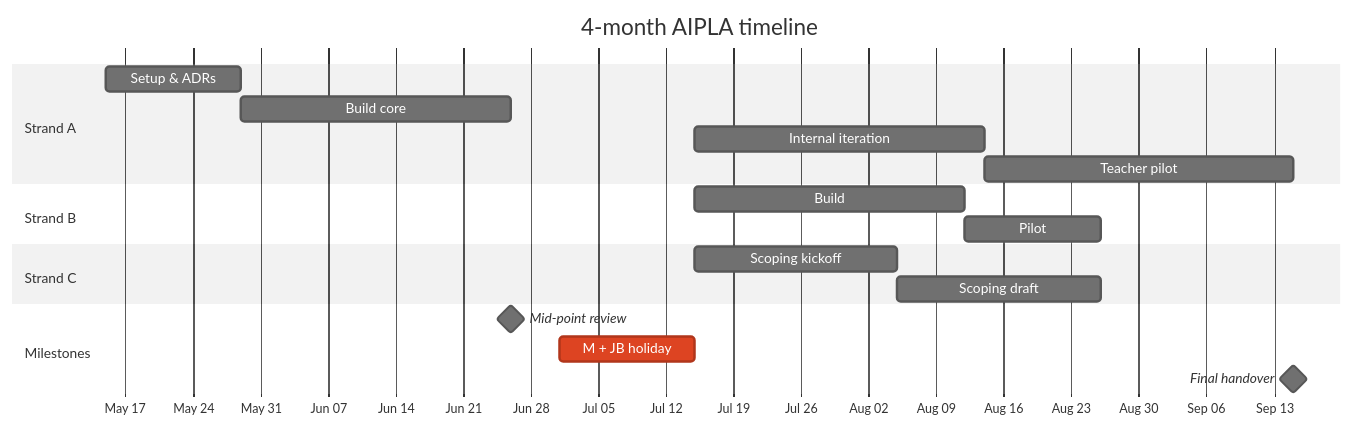
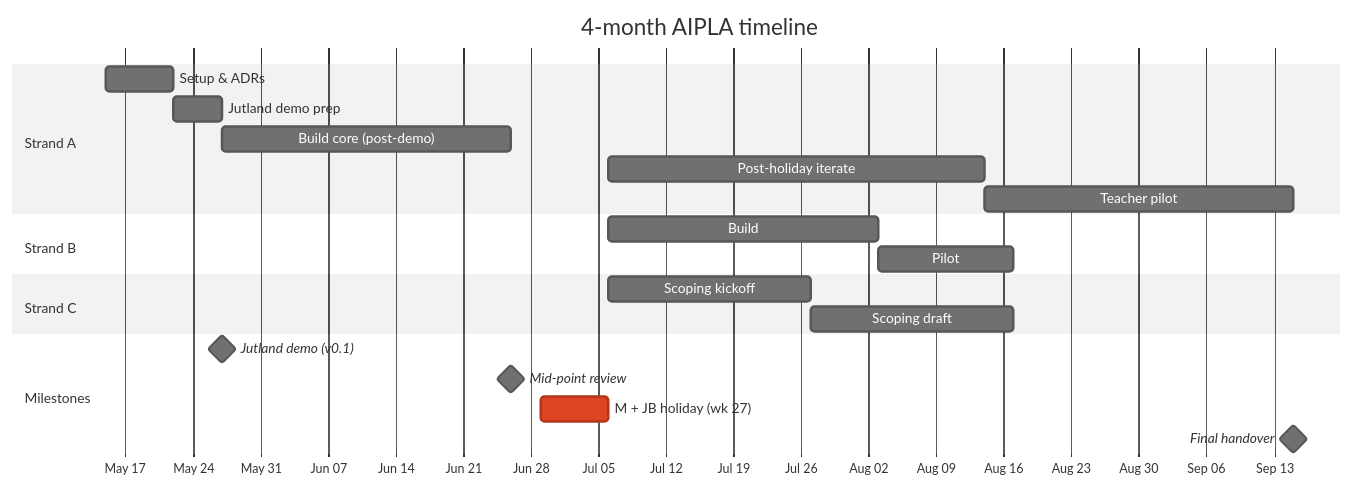
The diagram in timeline.qmd (sunholo-data/aipla), drawn with Mermaid (neutral theme) before and after one commit. The commit also changed other lines of this file and 1 other file, not shown here.

First line of the commit message:
Jutland demo deadline 27 May + week-27 holiday correction

````diff
--- a/timeline.qmd
+++ b/timeline.qmd
@@ -13,26 +14,28 @@
 ```{mermaid}
 gantt
     title 4-month AIPLA timeline
     dateFormat YYYY-MM-DD
     axisFormat %b %d
     todayMarker off
 
     section Strand A
-    Setup & ADRs              :a1, 2026-05-15, 14d
-    Build core                :a2, after a1, 28d
-    Internal iteration        :a3, 2026-07-15, 30d
-    Teacher pilot             :a4, 2026-08-14, 32d
+    Setup & ADRs              :a1, 2026-05-15, 7d
+    Jutland demo prep         :a2, 2026-05-22, 5d
+    Build core (post-demo)    :a3, 2026-05-27, 30d
+    Post-holiday iterate      :a4, 2026-07-06, 39d
+    Teacher pilot             :a5, 2026-08-14, 32d
 
     section Strand B
-    Build                     :b1, 2026-07-15, 28d
+    Build                     :b1, 2026-07-06, 28d
     Pilot                     :b2, after b1, 14d
 
     section Strand C
-    Scoping kickoff           :c1, 2026-07-15, 21d
+    Scoping kickoff           :c1, 2026-07-06, 21d
     Scoping draft             :c2, after c1, 21d
 
     section Milestones
+    Jutland demo (v0.1)       :milestone, m0, 2026-05-27, 0d
     Mid-point review          :milestone, m1, 2026-06-26, 0d
-    M + JB holiday            :crit, 2026-07-01, 14d
+    M + JB holiday (wk 27)    :crit, 2026-06-29, 7d
     Final handover            :milestone, m2, 2026-09-15, 0d
 ```
````
